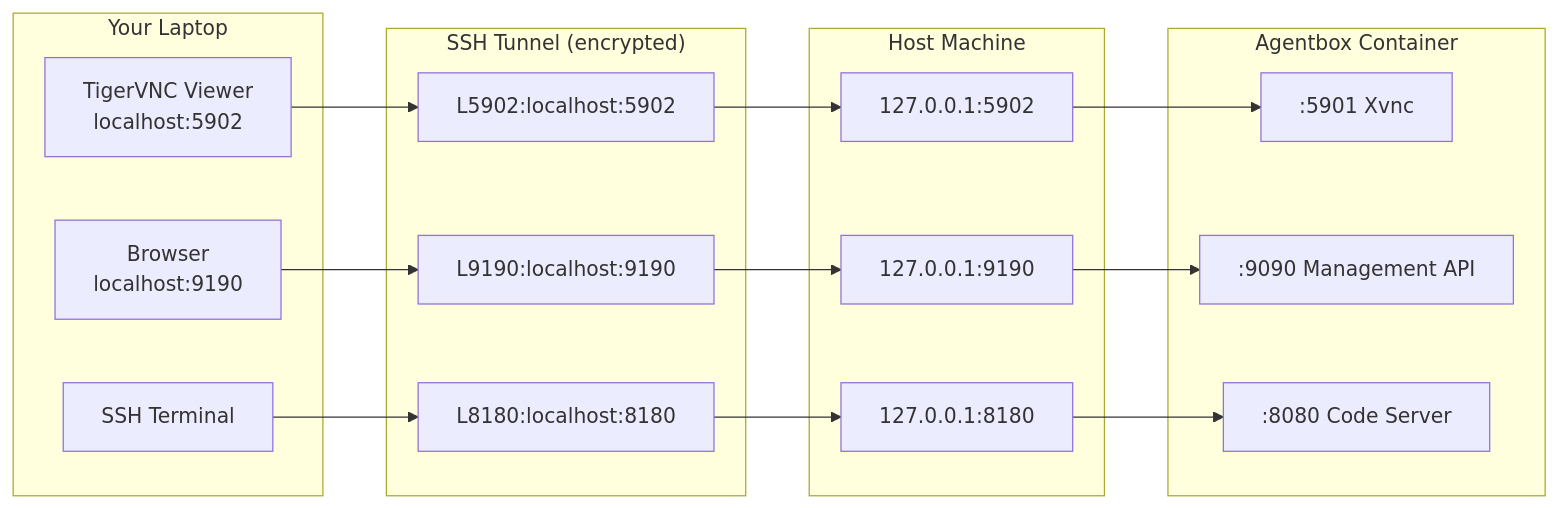
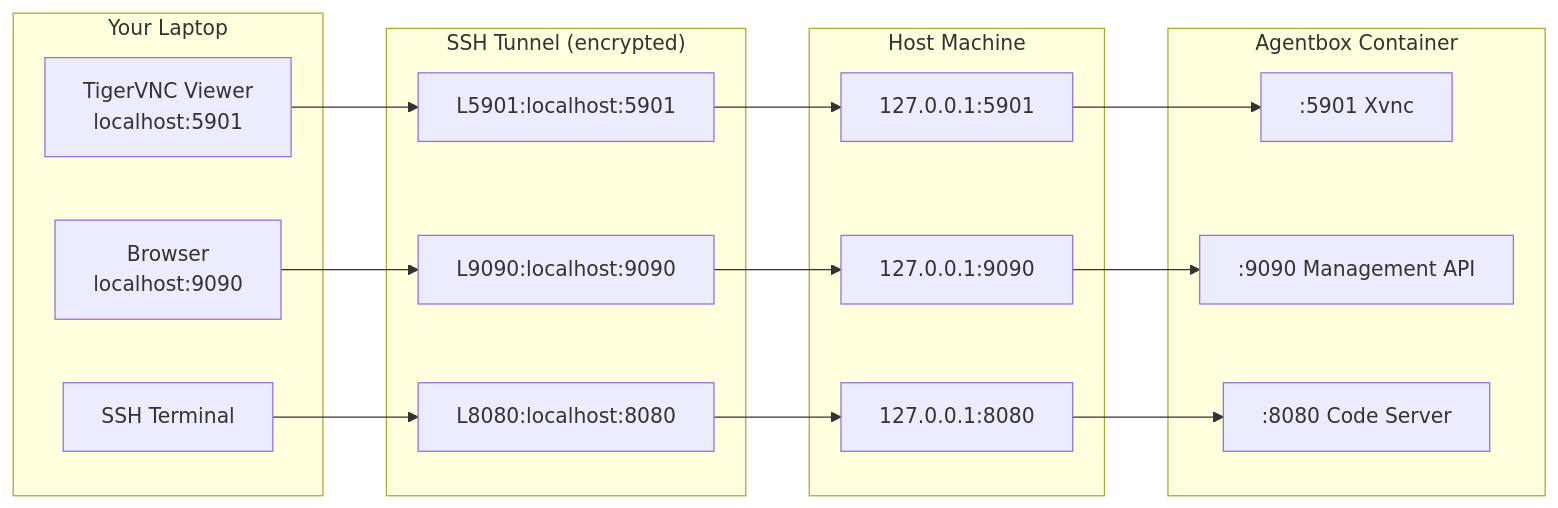
One commit to DreamLab-AI/agentbox changed the fourth of 4 diagrams in docs/user/quickstart.md. Above: the diagram before and after it, drawn with Mermaid. The commit also changed other lines of this file and 41 other files, not shown here.

First line of the commit message:
feat(tmux): multi-harness architecture + fix Nix build permission error

````diff
--- a/docs/user/quickstart.md
+++ b/docs/user/quickstart.md
@@ -334,26 +334,26 @@
 ```mermaid
 graph LR
     subgraph laptop["Your Laptop"]
-        VNC["TigerVNC Viewer<br/>localhost:5902"]
-        BROWSER["Browser<br/>localhost:9190"]
+        VNC["TigerVNC Viewer<br/>localhost:5901"]
+        BROWSER["Browser<br/>localhost:9090"]
         CLI["SSH Terminal"]
     end
     subgraph tunnel["SSH Tunnel (encrypted)"]
-        T1["L5902:localhost:5902"]
-        T2["L9190:localhost:9190"]
-        T3["L8180:localhost:8180"]
+        T1["L5901:localhost:5901"]
+        T2["L9090:localhost:9090"]
+        T3["L8080:localhost:8080"]
     end
     subgraph host["Host Machine"]
-        D5902["127.0.0.1:5902"]
-        D9190["127.0.0.1:9190"]
-        D8180["127.0.0.1:8180"]
+        D5901["127.0.0.1:5901"]
+        D9090["127.0.0.1:9090"]
+        D8080["127.0.0.1:8080"]
     end
     subgraph agentbox["Agentbox Container"]
         XVNC[":5901 Xvnc"]
         API[":9090 Management API"]
         CODE[":8080 Code Server"]
     end
-    VNC --> T1 --> D5902 --> XVNC
-    BROWSER --> T2 --> D9190 --> API
-    CLI --> T3 --> D8180 --> CODE
+    VNC --> T1 --> D5901 --> XVNC
+    BROWSER --> T2 --> D9090 --> API
+    CLI --> T3 --> D8080 --> CODE
 ```
````
